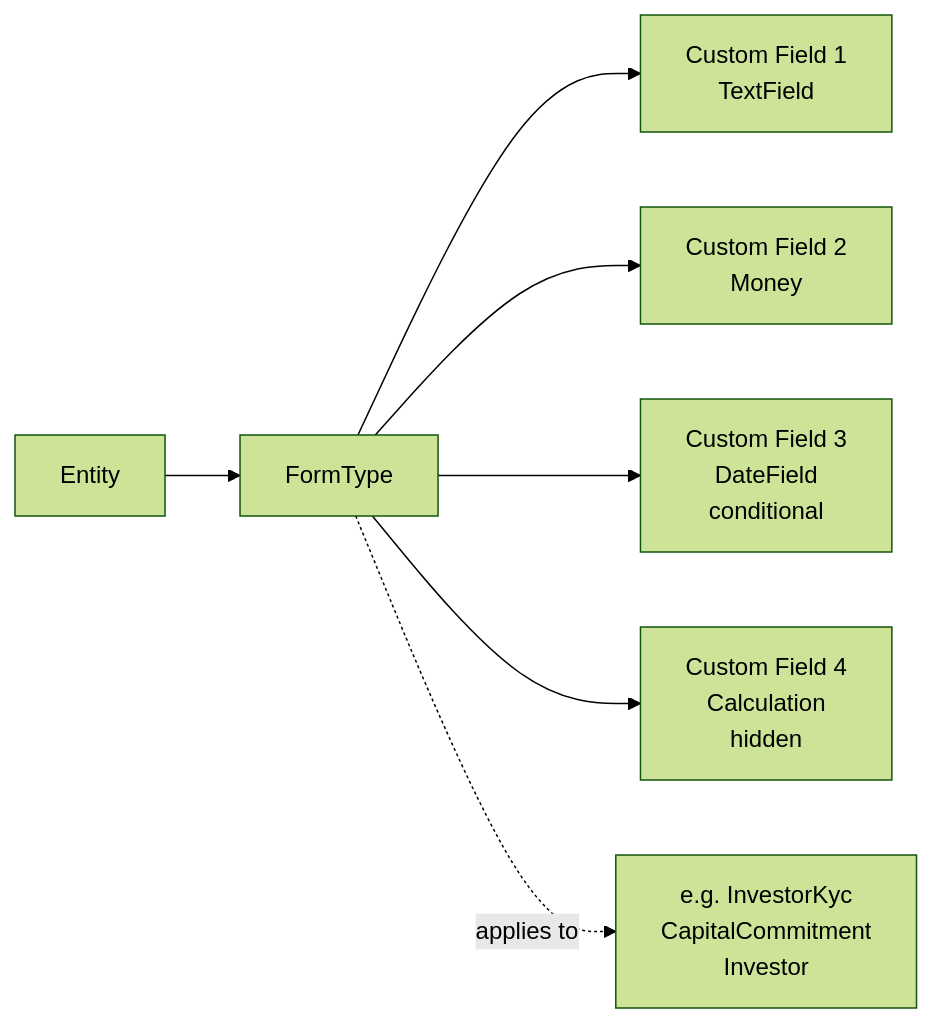
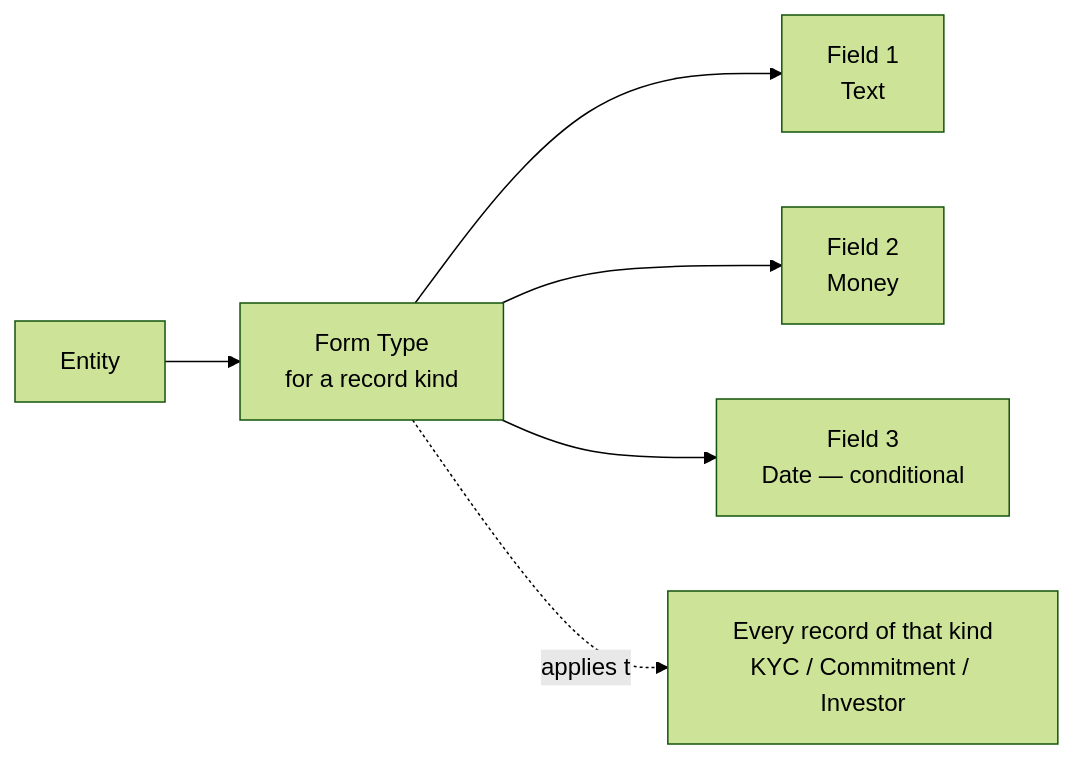
Before and after one commit to sampadadiwan/IRM_CompanyMain: the first of 4 diagrams in docs/user_guides/custom_fields_user_guide.md, drawn with Mermaid (forest theme). The commit also changed other lines of this file and 21 other files, not shown here.

````diff
--- a/docs/user_guides/custom_fields_user_guide.md
+++ b/docs/user_guides/custom_fields_user_guide.md
@@ -48,9 +51,8 @@
 ```mermaid
 graph LR
-    Entity --> FormType
-    FormType --> FCF1[Custom Field 1\nTextField]
-    FormType --> FCF2[Custom Field 2\nMoney]
-    FormType --> FCF3[Custom Field 3\nDateField\nconditional]
-    FormType --> FCF4[Custom Field 4\nCalculation\nhidden]
-    FormType -.->|applies to| Model[e.g. InvestorKyc\nCapitalCommitment\nInvestor]
+    Entity --> FormType[Form Type<br/>for a record kind]
+    FormType --> F1[Field 1<br/>Text]
+    FormType --> F2[Field 2<br/>Money]
+    FormType --> F3[Field 3<br/>Date — conditional]
+    FormType -.applies to.-> Records[Every record of that kind<br/>KYC / Commitment / Investor]
 ```
````
